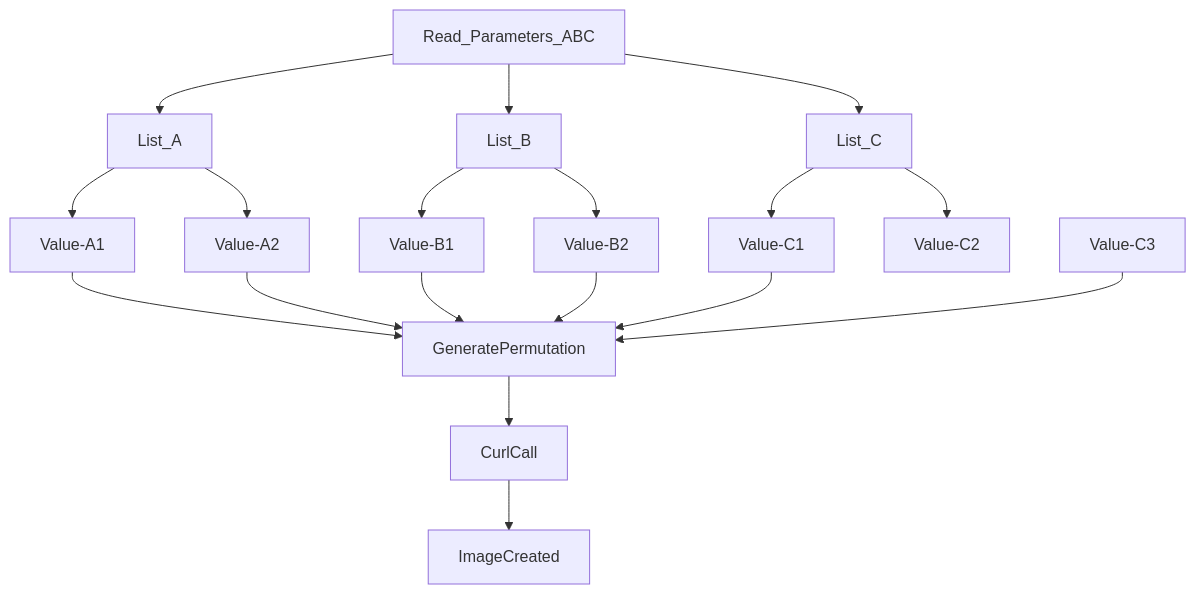
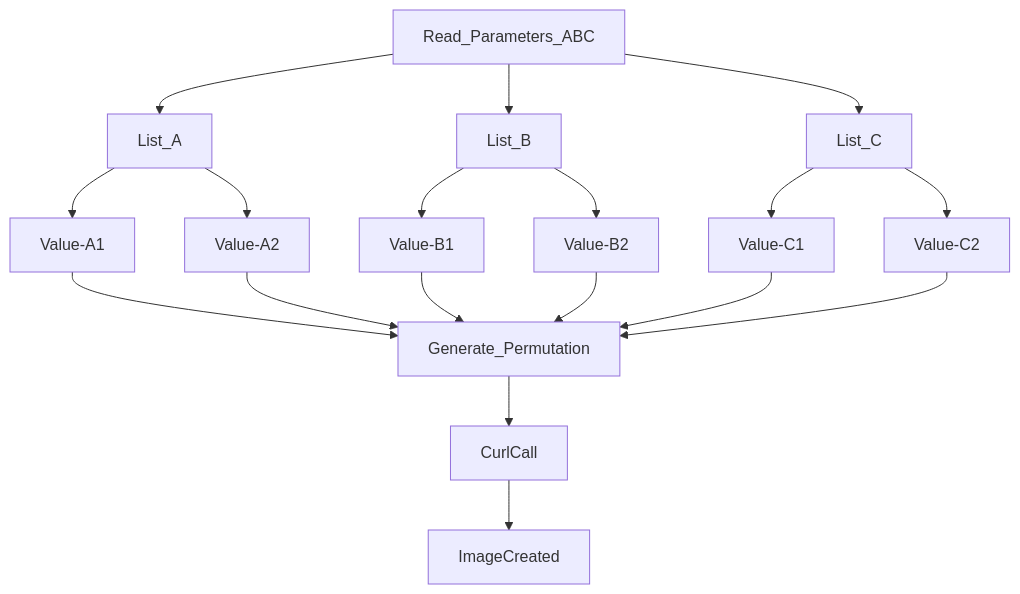
Before and after one commit to daedon/Fooocus-API-XYZ: the diagram in README.md, drawn with Mermaid. The commit also changed other lines of this file, not shown here.

````diff
--- a/README.md
+++ b/README.md
@@ -144,21 +144,21 @@
 ```mermaid
 graph TD;
     Read_Parameters_ABC-->List_A;
     Read_Parameters_ABC-->List_B;
     Read_Parameters_ABC-->List_C;
     List_A-->Value-A1;
     List_A-->Value-A2;
     List_B-->Value-B1;
     List_B-->Value-B2;
     List_C-->Value-C1;
     List_C-->Value-C2;
 
-    Value-A1-->GeneratePermutation;
-    Value-A2-->GeneratePermutation;
-    Value-B1-->GeneratePermutation;
-    Value-B2-->GeneratePermutation;
-    Value-C1-->GeneratePermutation;
-    Value-C3-->GeneratePermutation;
-    GeneratePermutation-->CurlCall;
+    Value-A1-->Generate_Permutation;
+    Value-A2-->Generate_Permutation;
+    Value-B1-->Generate_Permutation;
+    Value-B2-->Generate_Permutation;
+    Value-C1-->Generate_Permutation;
+    Value-C2-->Generate_Permutation;
+    Generate_Permutation-->CurlCall;
     CurlCall-->ImageCreated;
 ```
````
